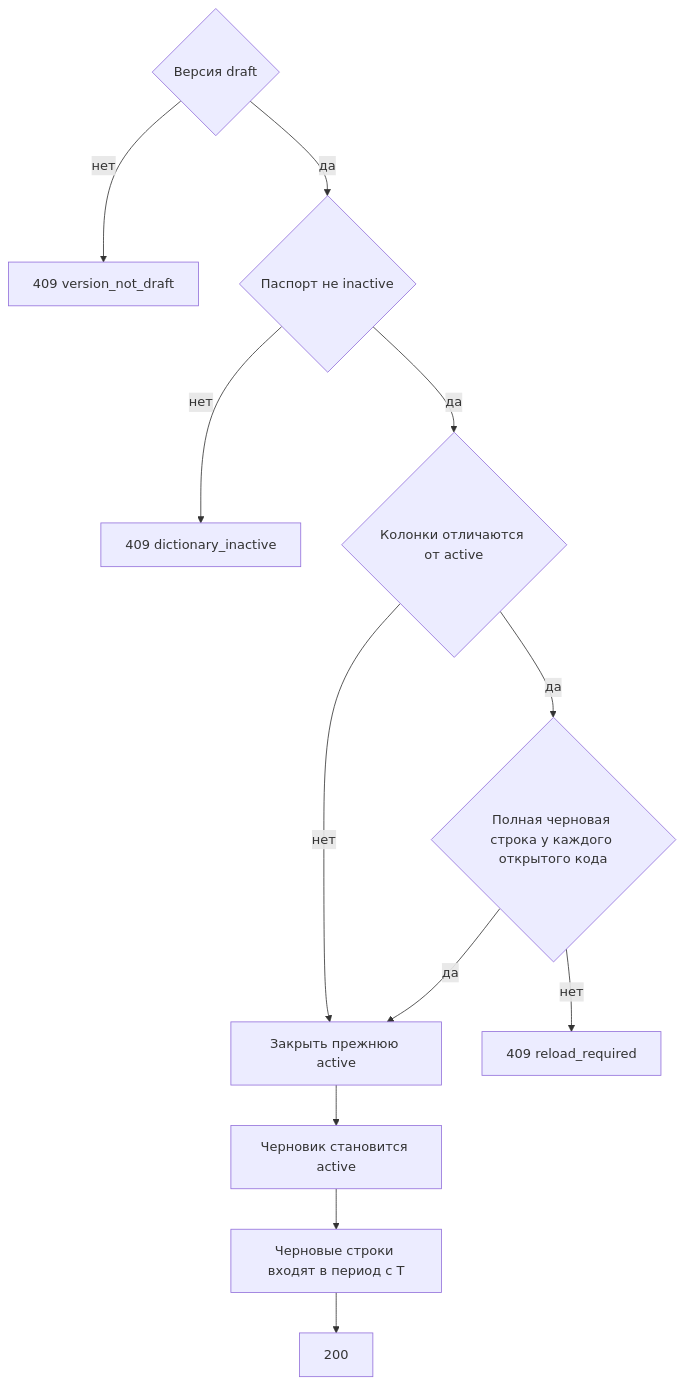
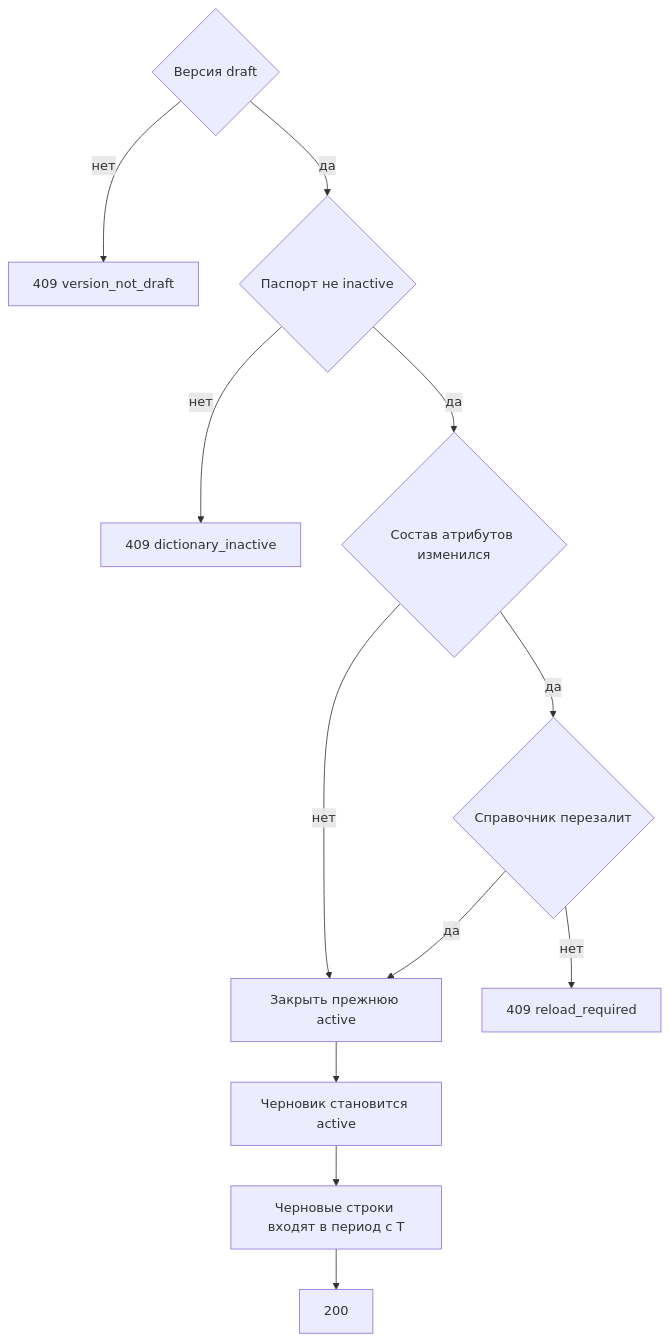
The diagram in docs/1. functional/specification/v2 - 1 таблица/api/management.api/MetadataController/post_publish.md (StrannikE95/reference_data), drawn with Mermaid before and after one commit. The commit also changed other lines of this file and 11 other files, not shown here.

````diff
--- a/docs/1. functional/specification/v2 - 1 таблица/api/management.api/MetadataController/post_publish.md
+++ b/docs/1. functional/specification/v2 - 1 таблица/api/management.api/MetadataController/post_publish.md
@@ -68,14 +68,14 @@
 ```mermaid
 flowchart TD
   draft{"Версия draft"} -->|нет| bad["409 version_not_draft"]
   draft -->|да| live{"Паспорт не inactive"}
   live -->|нет| off["409 dictionary_inactive"]
-  live -->|да| diff{"Колонки отличаются от active"}
-  diff -->|да| ready{"Полная черновая строка у каждого открытого кода"}
+  live -->|да| diff{"Состав атрибутов изменился"}
+  diff -->|да| ready{"Справочник перезалит"}
   diff -->|нет| close["Закрыть прежнюю active"]
   ready -->|нет| reload["409 reload_required"]
   ready -->|да| close
   close --> pub["Черновик становится active"]
   pub --> rows["Черновые строки входят в период с T"]
   rows --> ok["200"]
 ```
````
